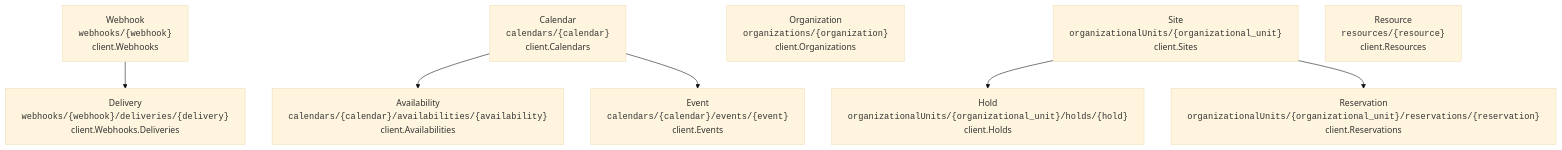
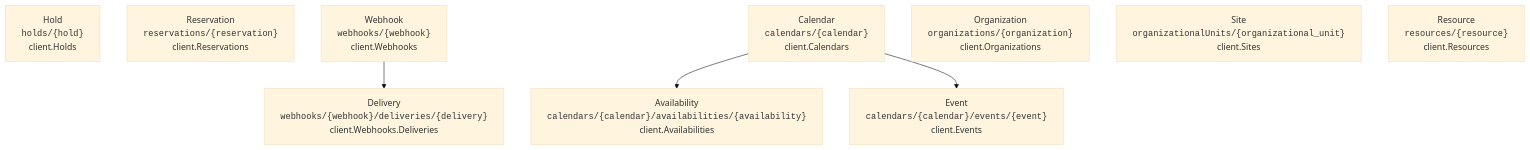
The second of 2 diagrams in README.md (oh-tarnished/freebusy-go-sdk), drawn with Mermaid (base theme) before and after one commit. The commit also changed other lines of this file and 65 other files, not shown here.

````diff
--- a/README.md
+++ b/README.md
@@ -122,18 +122,16 @@
 ```mermaid
 flowchart TD
-  freebusy_allocation_v1_Hold["Hold<br/><code>organizationalUnits/{organizational_unit}/holds/{hold}</code><br/>client.Holds"]
-  freebusy_reservation_v1_Reservation["Reservation<br/><code>organizationalUnits/{organizational_unit}/reservations/{reservation}</code><br/>client.Reservations"]
+  freebusy_allocation_v1_Hold["Hold<br/><code>holds/{hold}</code><br/>client.Holds"]
+  freebusy_reservation_v1_Reservation["Reservation<br/><code>reservations/{reservation}</code><br/>client.Reservations"]
   freebusy_webhook_v1_Delivery["Delivery<br/><code>webhooks/{webhook}/deliveries/{delivery}</code><br/>client.Webhooks.Deliveries"]
   freebusy_webhook_v1_Webhook["Webhook<br/><code>webhooks/{webhook}</code><br/>client.Webhooks"]
   the_protobuf_project_org_Availability["Availability<br/><code>calendars/{calendar}/availabilities/{availability}</code><br/>client.Availabilities"]
   the_protobuf_project_org_Calendar["Calendar<br/><code>calendars/{calendar}</code><br/>client.Calendars"]
   the_protobuf_project_org_Event["Event<br/><code>calendars/{calendar}/events/{event}</code><br/>client.Events"]
   the_protobuf_project_org_Organization["Organization<br/><code>organizations/{organization}</code><br/>client.Organizations"]
   the_protobuf_project_org_OrganizationalUnit["Site<br/><code>organizationalUnits/{organizational_unit}</code><br/>client.Sites"]
   the_protobuf_project_org_Resource["Resource<br/><code>resources/{resource}</code><br/>client.Resources"]
-  the_protobuf_project_org_OrganizationalUnit --> freebusy_allocation_v1_Hold
-  the_protobuf_project_org_OrganizationalUnit --> freebusy_reservation_v1_Reservation
   freebusy_webhook_v1_Webhook --> freebusy_webhook_v1_Delivery
   the_protobuf_project_org_Calendar --> the_protobuf_project_org_Availability
   the_protobuf_project_org_Calendar --> the_protobuf_project_org_Event
 ```
````
